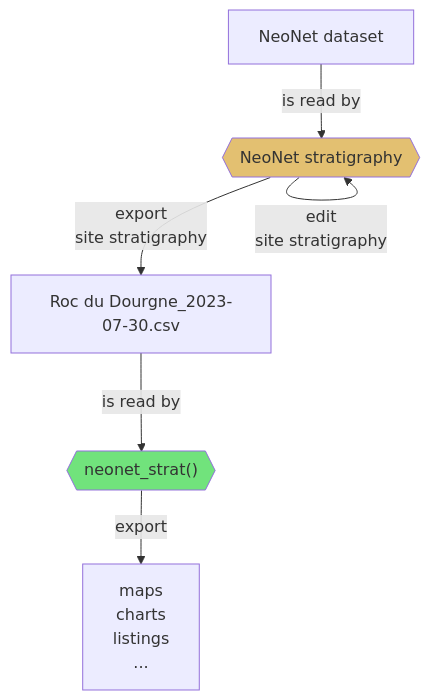
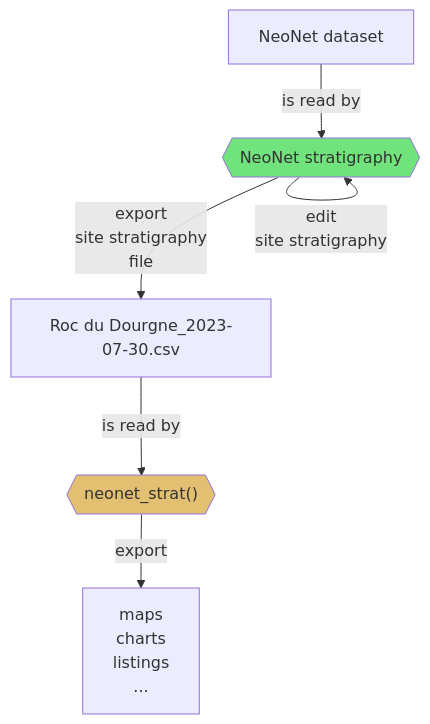
One commit to historical-time/caa-chrono-sig changed the diagram in neonet/README.md. Above: the diagram before and after it, drawn with Mermaid.

````diff
--- a/neonet/README.md
+++ b/neonet/README.md
@@ -25,10 +25,10 @@
 ```mermaid
 flowchart TD
     A[NeoNet dataset] --is read by--> B{{"NeoNet stratigraphy"}}:::neonetshiny;
     B --edit<br>site stratigraphy--> B;
-    B --export<br>site stratigraphy--> C["Roc du Dourgne_2023-07-30.csv"];
+    B --export<br>site stratigraphy<br>file--> C["Roc du Dourgne_2023-07-30.csv"];
     C --is read by--> D{{"neonet_strat()"}}:::neonetfunct;
     D --export --> E[maps<br>charts<br>listings<br>...];
-    classDef neonetshiny fill:#e3c071;
-    classDef neonetfunct fill:#71e37c;
+    classDef neonetfunct fill:#e3c071;
+    classDef neonetshiny fill:#71e37c;
 ```
````
